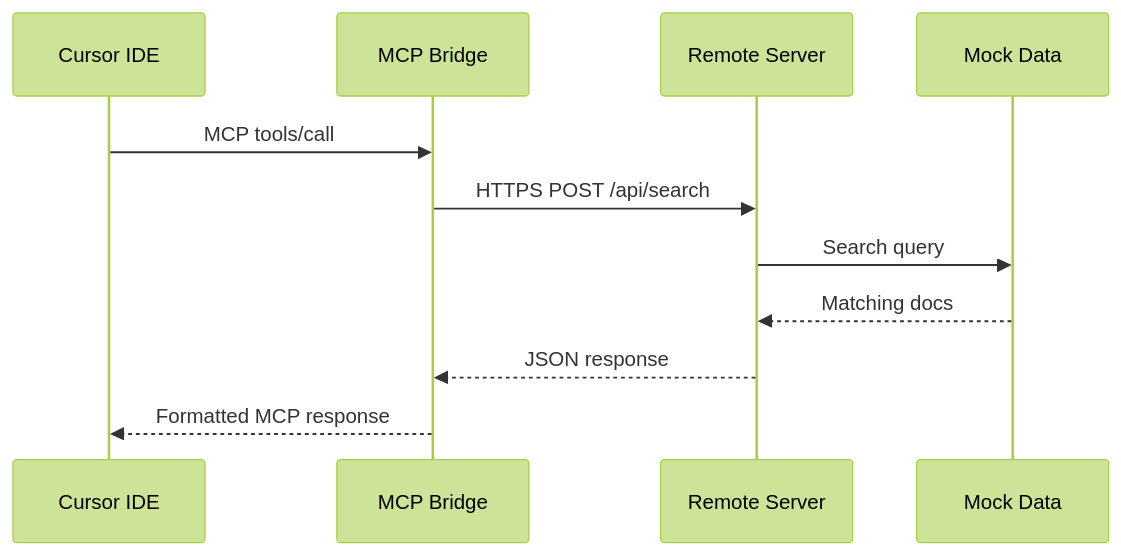
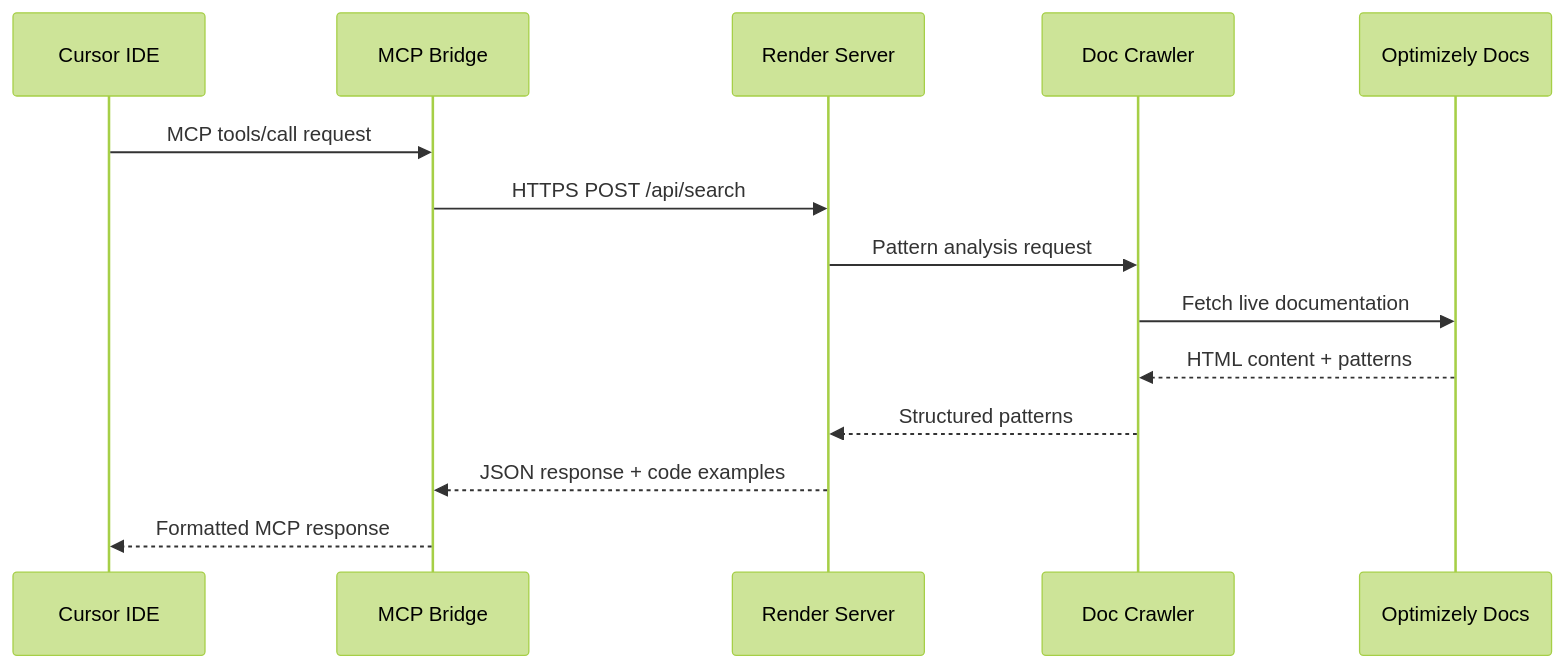
One commit to biswajitpanday/Optivise changed the second of 7 diagrams in Resources/ARCHITECTURE.md. Above: the diagram before and after it, drawn with Mermaid (forest theme). The commit also changed other lines of this file and 6 other files, not shown here.

````diff
--- a/Resources/ARCHITECTURE.md
+++ b/Resources/ARCHITECTURE.md
@@ -128,14 +62,17 @@
 ```mermaid
 sequenceDiagram
     participant IDE as Cursor IDE
     participant Bridge as MCP Bridge
-    participant Server as Remote Server
-    participant Data as Mock Data
+    participant Server as Render Server
+    participant Crawler as Doc Crawler
+    participant Docs as Optimizely Docs
 
-    IDE->>Bridge: MCP tools/call
+    IDE->>Bridge: MCP tools/call request
     Bridge->>Server: HTTPS POST /api/search
-    Server->>Data: Search query
-    Data-->>Server: Matching docs
-    Server-->>Bridge: JSON response
+    Server->>Crawler: Pattern analysis request
+    Crawler->>Docs: Fetch live documentation
+    Docs-->>Crawler: HTML content + patterns
+    Crawler-->>Server: Structured patterns
+    Server-->>Bridge: JSON response + code examples
     Bridge-->>IDE: Formatted MCP response
 ```
````
